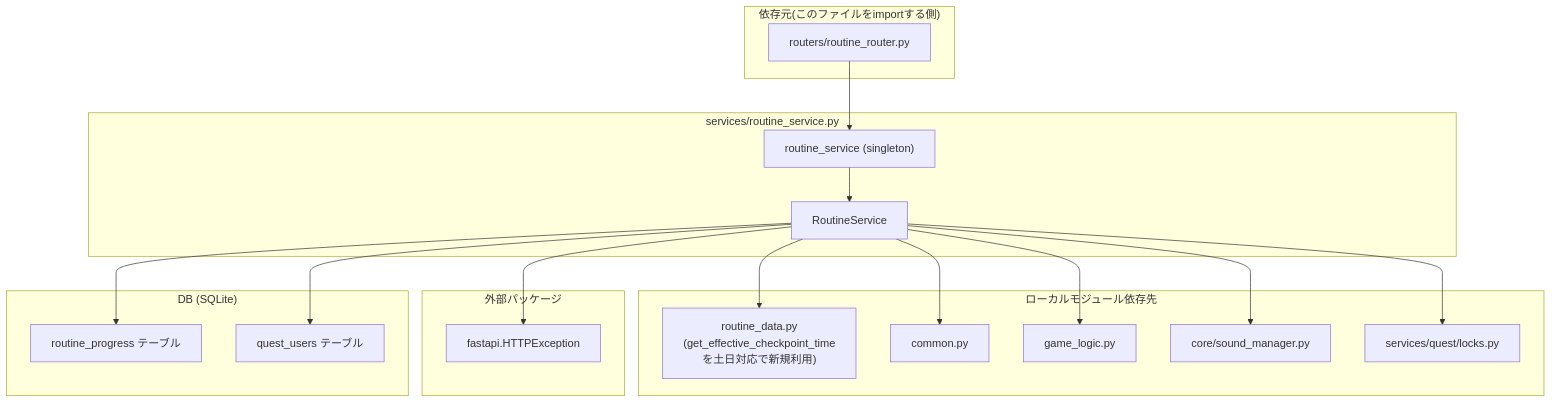
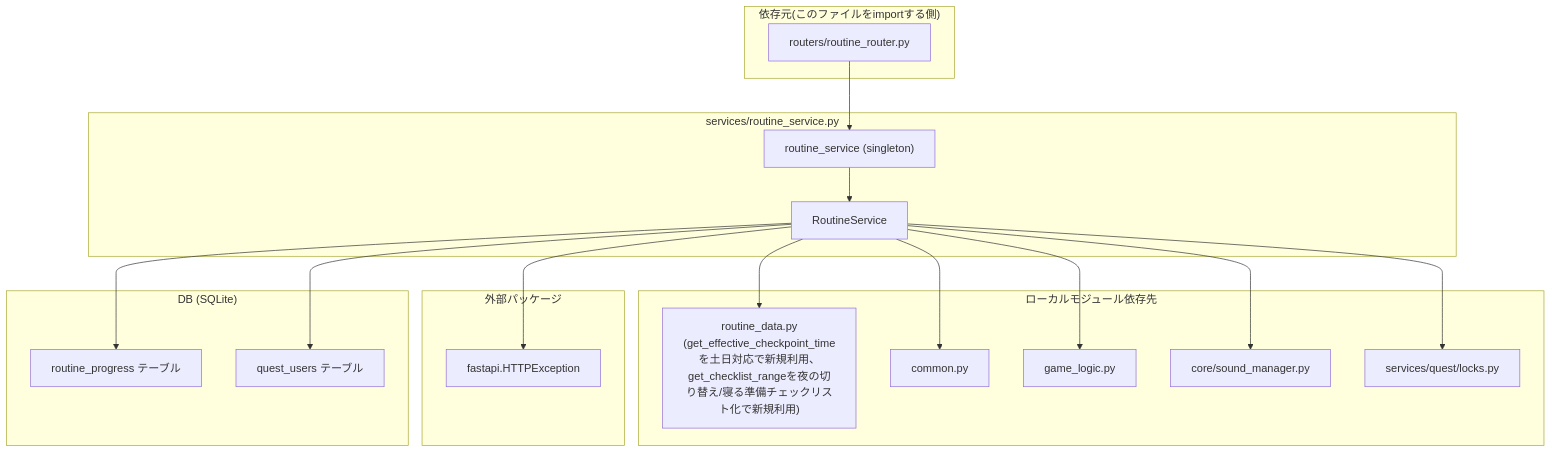
One commit to mmtigers/my_python_project changed the third of 3 diagrams in docs/specifications/MY_HOME_SYSTEM/routine_service.md. Above: the diagram before and after it, drawn with Mermaid. The commit also changed other lines of this file and 2 other files, not shown here.

````diff
--- a/docs/specifications/MY_HOME_SYSTEM/routine_service.md
+++ b/docs/specifications/MY_HOME_SYSTEM/routine_service.md
@@ -571,41 +595,42 @@
 ```mermaid
 graph TD
     subgraph "services/routine_service.py"
         RoutineService
         routine_service_singleton["routine_service (singleton)"]
     end
 
     subgraph "ローカルモジュール依存先"
         routine_data["routine_data.py
-(get_effective_checkpoint_timeを土日対応で新規利用)"]
+(get_effective_checkpoint_timeを土日対応で新規利用、
+get_checklist_rangeを夜の切り替え/寝る準備チェックリスト化で新規利用)"]
         common_mod["common.py"]
         game_logic_mod["game_logic.py"]
         sound_manager_mod["core/sound_manager.py"]
         quest_locks["services/quest/locks.py"]
     end
 
     subgraph "外部パッケージ"
         fastapi_exc["fastapi.HTTPException"]
     end
 
     subgraph "DB (SQLite)"
         routine_progress_table["routine_progress テーブル"]
         quest_users_table["quest_users テーブル"]
     end
 
     subgraph "依存元(このファイルをimportする側)"
         routine_router["routers/routine_router.py"]
     end
 
     RoutineService --> routine_data
     RoutineService --> common_mod
     RoutineService --> game_logic_mod
     RoutineService --> sound_manager_mod
     RoutineService --> quest_locks
     RoutineService --> fastapi_exc
     RoutineService --> routine_progress_table
     RoutineService --> quest_users_table
     routine_service_singleton --> RoutineService
 
     routine_router --> routine_service_singleton
 ```
````
